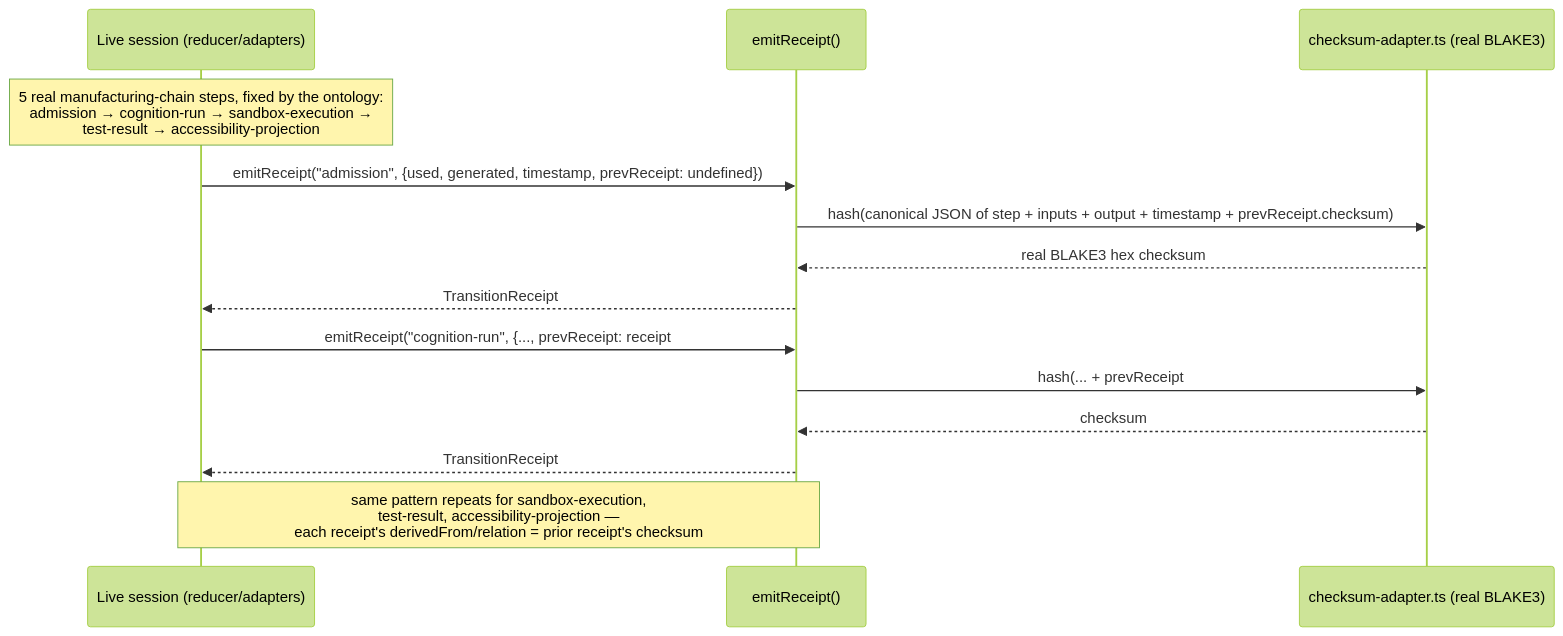
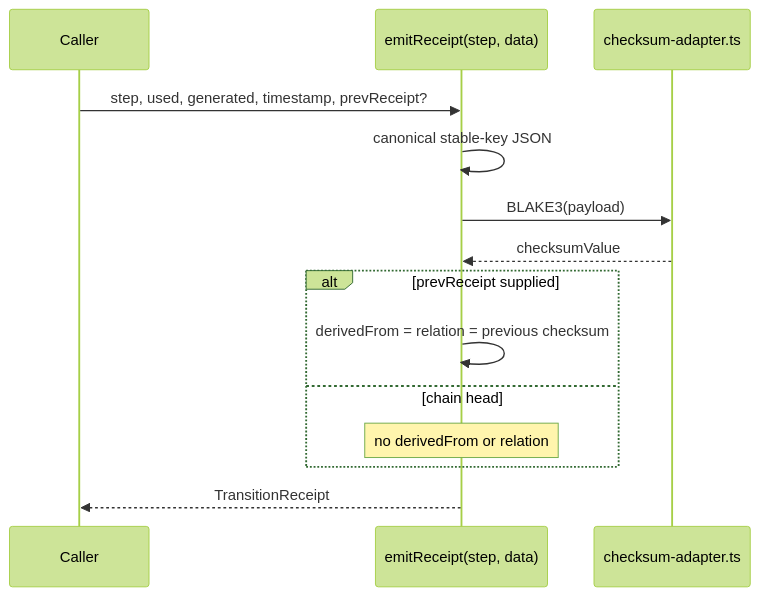
Before and after one commit to seanchatmangpt/wasm4pm: the first of 3 diagrams in docs/diagrams/sequence-receipt-replay.md, drawn with Mermaid (forest theme). The commit also changed other lines of this file, not shown here.

Commit message:
docs: correct receipt and replay sequence

````diff
--- a/docs/diagrams/sequence-receipt-replay.md
+++ b/docs/diagrams/sequence-receipt-replay.md
@@ -8,20 +20,17 @@
 ```mermaid
 sequenceDiagram
-    participant Session as Live session (reducer/adapters)
-    participant Emitter as emitReceipt()
-    participant Checksum as checksum-adapter.ts (real BLAKE3)
+    participant Caller
+    participant Emitter as emitReceipt(step, data)
+    participant Hash as checksum-adapter.ts
 
-    Note over Session: 5 real manufacturing-chain steps, fixed by the ontology:<br/>admission → cognition-run → sandbox-execution →<br/>test-result → accessibility-projection
-
-    Session->>Emitter: emitReceipt("admission", {used, generated, timestamp, prevReceipt: undefined})
-    Emitter->>Checksum: hash(canonical JSON of step + inputs + output + timestamp + prevReceipt.checksum)
-    Checksum-->>Emitter: real BLAKE3 hex checksum
-    Emitter-->>Session: TransitionReceipt #1 (chain head — no prevReceipt)
-
-    Session->>Emitter: emitReceipt("cognition-run", {..., prevReceipt: receipt#1})
-    Emitter->>Checksum: hash(... + prevReceipt#1.checksum)
-    Checksum-->>Emitter: checksum
-    Emitter-->>Session: TransitionReceipt #2 (derivedFrom/relation = receipt#1.checksum)
-
-    Note over Session,Emitter: same pattern repeats for sandbox-execution,<br/>test-result, accessibility-projection —<br/>each receipt's derivedFrom/relation = prior receipt's checksum
+    Caller->>Emitter: step, used, generated, timestamp, prevReceipt?
+    Emitter->>Emitter: canonical stable-key JSON
+    Emitter->>Hash: BLAKE3(payload)
+    Hash-->>Emitter: checksumValue
+    alt prevReceipt supplied
+        Emitter->>Emitter: derivedFrom = relation = previous checksum
+    else chain head
+        Note over Emitter: no derivedFrom or relation
+    end
+    Emitter-->>Caller: TransitionReceipt
 ```
````
